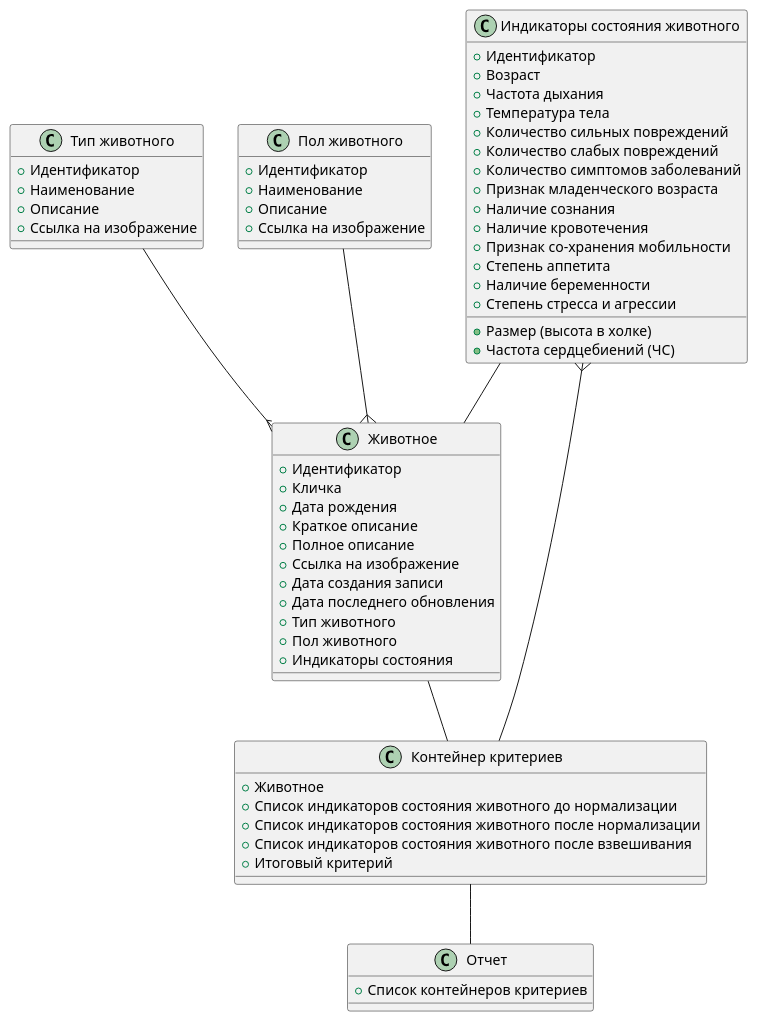
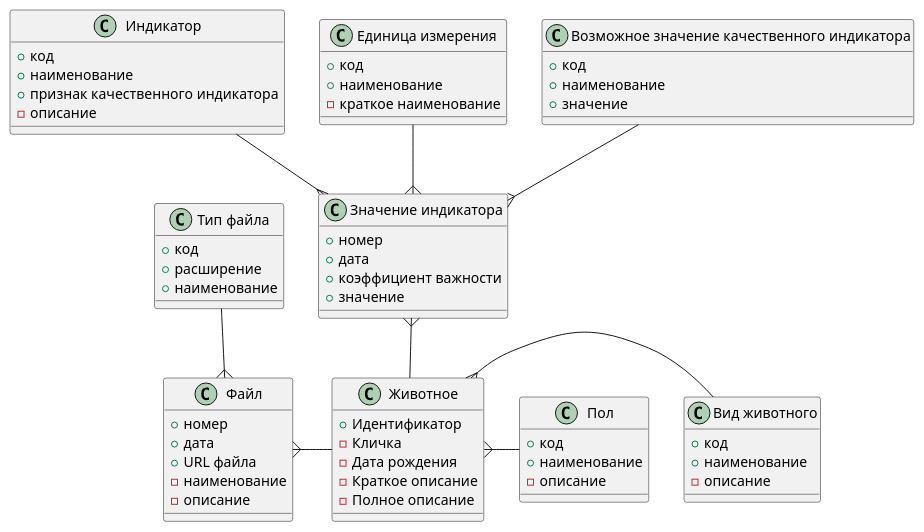
The diagram in src/main/resources/diagrams/UmlErDiagram.puml (al-kuznetsov/panda-server), drawn with PlantUML before and after one commit. The commit also changed 1 other file, not shown here.

Commit message:
Change UmlErDiagram and...
Cnahge class layout in UML diagram
Change fields and constraints in create_schema_2 SQL script

```diff
--- a/src/main/resources/diagrams/UmlErDiagram.puml
+++ b/src/main/resources/diagrams/UmlErDiagram.puml
@@ -1,69 +1,72 @@
 @startuml
 
-"Тип животного" --{ Животное
-"Пол животного" --{ Животное
-"Индикаторы состояния животного" -- Животное
-"Индикаторы состояния животного" }-- "Контейнер критериев"
-"Животное" -- "Контейнер критериев"
-"Контейнер критериев" -- "Отчет"
+Животное -up-{ "Значение индикатора"
+Индикатор --{ "Значение индикатора"
+"Единица измерения" --{ "Значение индикатора"
+"Возможное значение качественного индикатора" --{ "Значение индикатора"
+"Вид животного" -l-{ Животное
+Пол -l-{ Животное
+Животное -l-{ Файл
+"Тип файла" --{ Файл
 
 class Животное {
     +Идентификатор
-    +Кличка
-    +Дата рождения
-    +Краткое описание
-    +Полное описание
-    +Ссылка на изображение
-    +Дата создания записи
-    +Дата последнего обновления
-    +Тип животного
-    +Пол животного
-    +Индикаторы состояния
+    -Кличка
+    -Дата рождения
+    -Краткое описание
+    -Полное описание
 }
 
-class "Тип животного" {
-    +Идентификатор
-    +Наименование
-    +Описание
-    +Ссылка на изображение
+class "Вид животного" {
+    +код
+    +наименование
+    -описание
 }
 
-class "Пол животного" {
-	+Идентификатор
-	+Наименование
-	+Описание
-	+Ссылка на изображение
+class "Пол" {
+    +код
+    +наименование
+    -описание
 }
 
-class "Индикаторы состояния животного" {
-  +Идентификатор
-  +Возраст
-  +Размер (высота в холке)
-  +Частота дыхания
-  +Частота сердцебиений (ЧС)
-  +Температура тела
-  +Количество сильных повреждений
-  +Количество слабых повреждений
-  +Количество симптомов заболеваний
-  +Признак младенческого возраста
-  +Наличие сознания 
-  +Наличие кровотечения
-  +Признак со-хранения мобильности
-  +Степень аппетита
-  +Наличие беременности
-  +Степень стресса и агрессии
+class "Файл" {
+    +номер
+    +дата
+    +URL файла
+    -наименование
+    -описание
 }
 
-class "Контейнер критериев" {
-  +Животное
-  +Список индикаторов состояния животного до нормализации
-  +Список индикаторов состояния животного после нормализации
-  +Список индикаторов состояния животного после взвешивания
-  +Итоговый критерий
+class "Тип файла" {
+    +код
+    +расширение
+    +наименование
 }
 
-class "Отчет" {
-  +Список контейнеров критериев
+class "Индикатор" {
+    +код
+    +наименование
+    +признак качественного индикатора
+    -описание
+}
+
+class "Единица измерения" {
+    +код
+    +наименование
+    -краткое наименование
+}
+
+class "Возможное значение качественного индикатора" {
+    +код
+    +наименование
+    +значение
+}
+
+class "Значение индикатора" {
+    +номер
+    +дата
+    +коэффициент важности
+    +значение
 }
 
 @enduml
```
